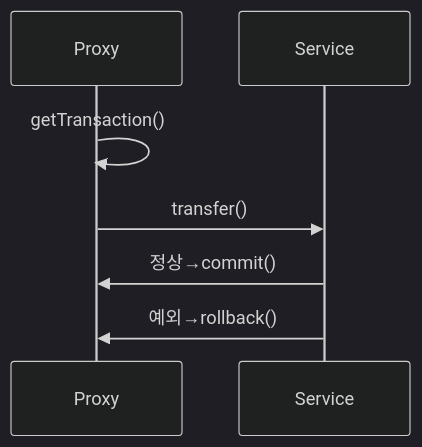
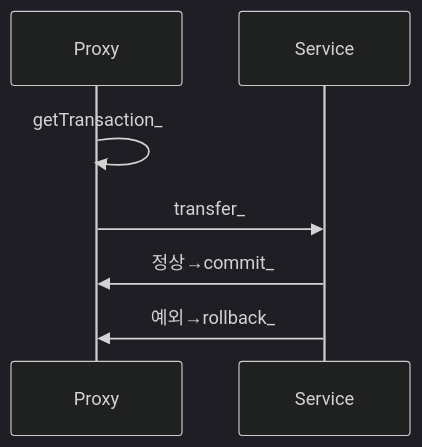
The seventh of 11 diagrams in _posts/spring/2026-05-02-spring-db-1.md (yjkim2015/yjkim2015.github.io), drawn with Mermaid (dark theme) before and after one commit. The commit also changed other lines of this file and 85 other files, not shown here.

First line of the commit message:
sequenceDiagram 문법 에러 2차 수정 169개 (86파일)

````diff
--- a/_posts/spring/2026-05-02-spring-db-1.md
+++ b/_posts/spring/2026-05-02-spring-db-1.md
@@ -344,7 +344,7 @@
 ```mermaid
 sequenceDiagram
-    Proxy->>Proxy: getTransaction()
-    Proxy->>Service: transfer()
-    Service->>Proxy: 정상→commit()
-    Service->>Proxy: 예외→rollback()
+    Proxy->>Proxy: getTransaction_
+    Proxy->>Service: transfer_
+    Service->>Proxy: 정상→commit_
+    Service->>Proxy: 예외→rollback_
 ```
````
